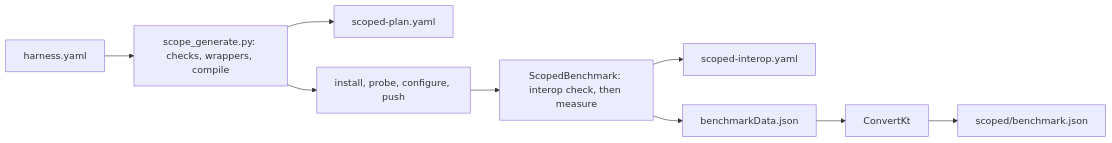
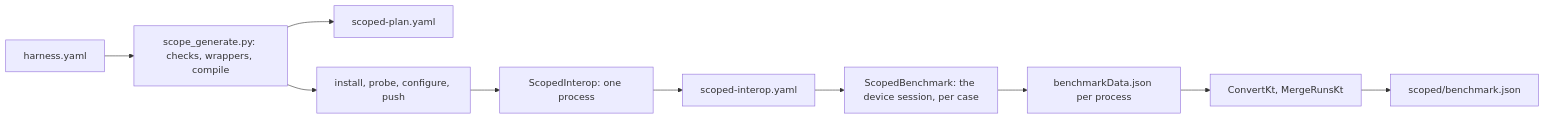
One commit to JuneKim0007/cryptobenchmark changed the diagram in modules/android/docs/scoped.md. Above: the diagram before and after it, drawn with Mermaid. The commit also changed other lines of this file and 22 other files, not shown here.

````diff
--- a/modules/android/docs/scoped.md
+++ b/modules/android/docs/scoped.md
@@ -7,7 +7,7 @@
 ```mermaid
 flowchart LR
     H[harness.yaml] --> G[scope_generate.py: checks, wrappers, compile] --> P[scoped-plan.yaml]
     G --> I[install, probe, configure, push]
-    I --> S[ScopedBenchmark: interop check, then measure] --> V[scoped-interop.yaml]
-    S --> D[benchmarkData.json] --> C[ConvertKt] --> B[scoped/benchmark.json]
+    I --> K[ScopedInterop: one process] --> V[scoped-interop.yaml]
+    V --> S[ScopedBenchmark: the device session, per case] --> D[benchmarkData.json per process] --> C[ConvertKt, MergeRunsKt] --> B[scoped/benchmark.json]
 ```
````
